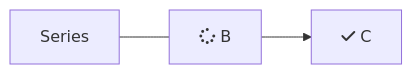
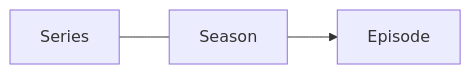
The diagram in docs/THE ROKU CHANNEL/video-on-demand/delivery/metadata/index.md (rokudev/dev-doc), drawn with Mermaid before and after one commit.

Commit message:
Update doc `metadata`

````diff
--- a/docs/THE ROKU CHANNEL/video-on-demand/delivery/metadata/index.md
+++ b/docs/THE ROKU CHANNEL/video-on-demand/delivery/metadata/index.md
@@ -35,5 +35,5 @@
 ```mermaid
 flowchart LR 
- Series --- Season[fa:fa-spinner B] 
- Season --> Episode[fa:fa-check C]
+ Series --- Season 
+ Season --> Episode
 ```
````
